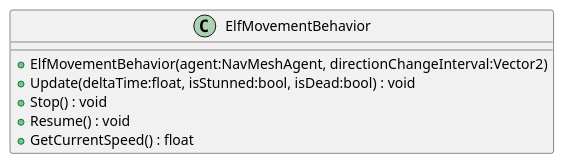
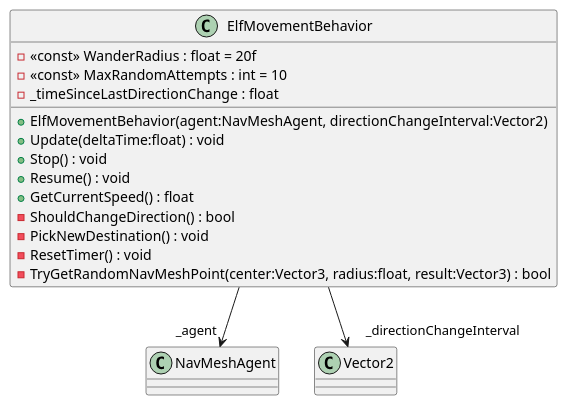
The diagram in puml/Assets/ExplodingElves/Scripts/Core/Characters/ElfMovementBehavior.puml (felipemmax/ExplodingElves), drawn with PlantUML before and after one commit. The commit also changed 97 other files, not shown here.

```diff
--- a/puml/Assets/ExplodingElves/Scripts/Core/Characters/ElfMovementBehavior.puml
+++ b/puml/Assets/ExplodingElves/Scripts/Core/Characters/ElfMovementBehavior.puml
@@ -1,9 +1,18 @@
 @startuml
 class ElfMovementBehavior {
+    - <<const>> WanderRadius : float = 20f
+    - <<const>> MaxRandomAttempts : int = 10
+    - _timeSinceLastDirectionChange : float
     + ElfMovementBehavior(agent:NavMeshAgent, directionChangeInterval:Vector2)
-    + Update(deltaTime:float, isStunned:bool, isDead:bool) : void
+    + Update(deltaTime:float) : void
     + Stop() : void
     + Resume() : void
     + GetCurrentSpeed() : float
+    - ShouldChangeDirection() : bool
+    - PickNewDestination() : void
+    - ResetTimer() : void
+    - TryGetRandomNavMeshPoint(center:Vector3, radius:float, result:Vector3) : bool
 }
+ElfMovementBehavior --> "_agent" NavMeshAgent
+ElfMovementBehavior --> "_directionChangeInterval" Vector2
 @enduml
```
